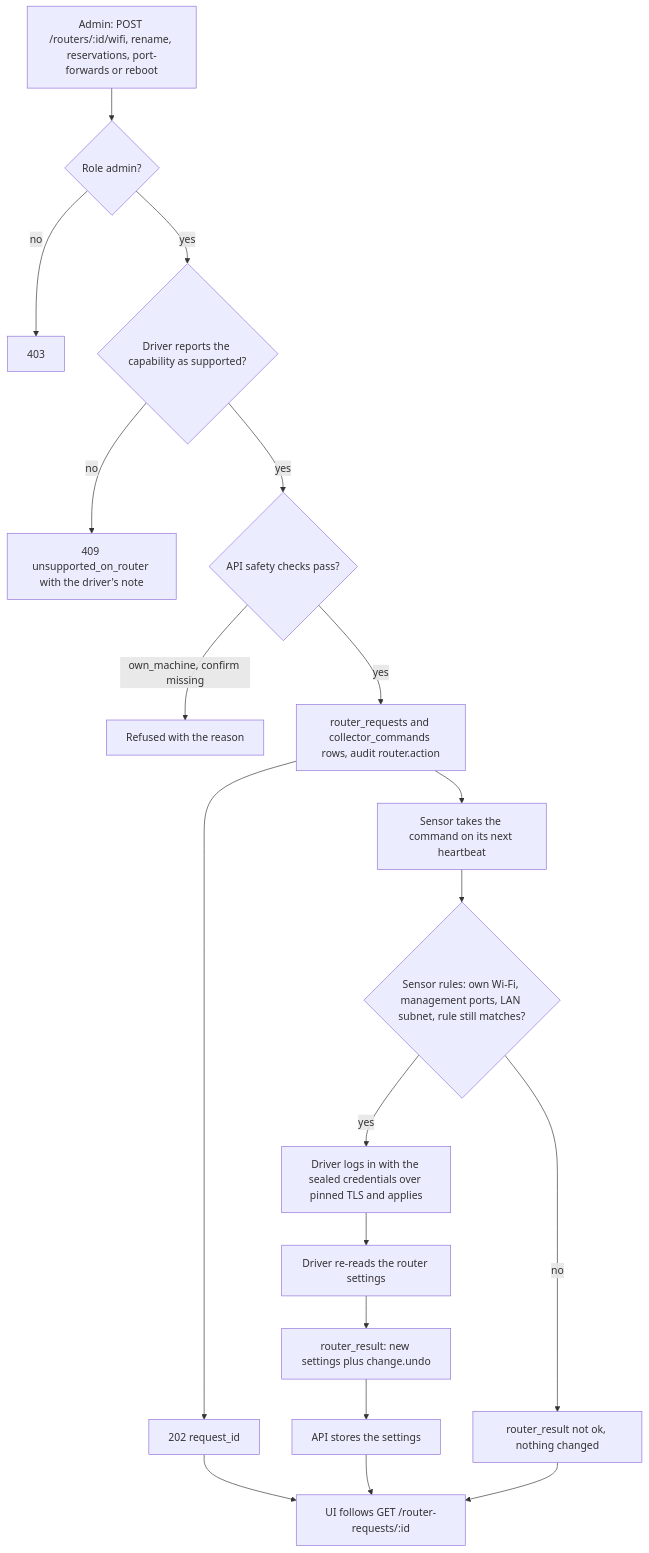
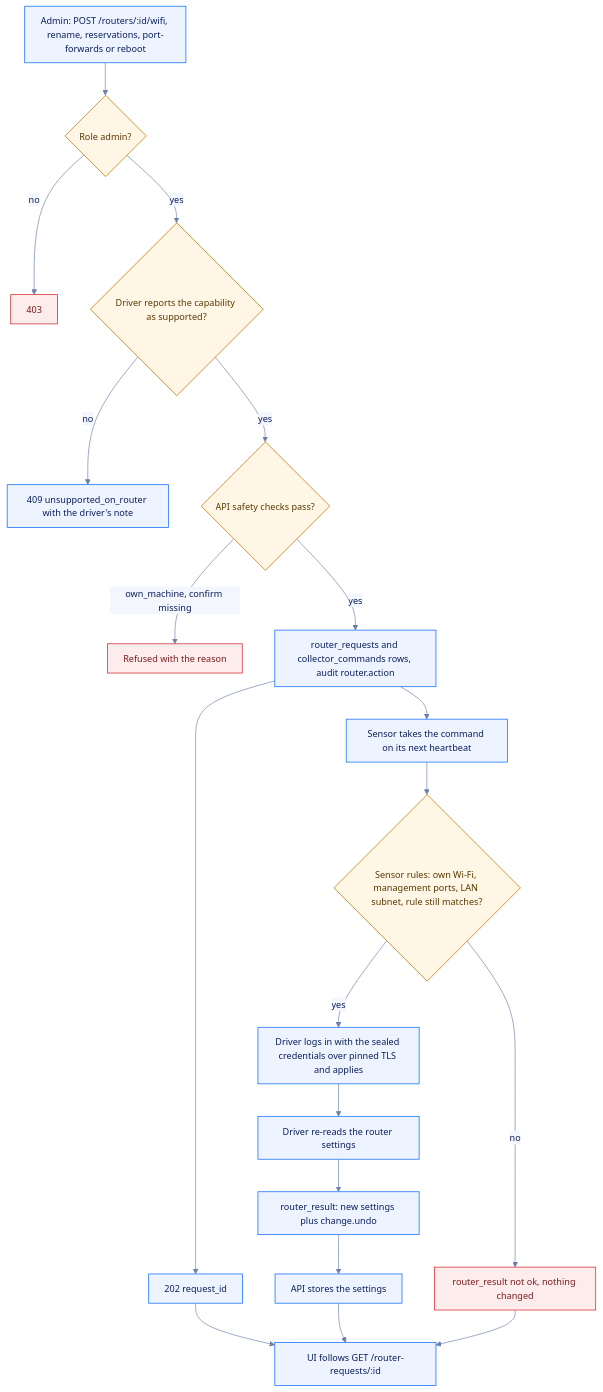
The seventh of 11 diagrams in docs/architecture/flowcharts.md (MKhattab7050/nigafiy-platform), drawn with Mermaid before and after one commit. The commit also changed other lines of this file, not shown here.

First line of the commit message:
Flowcharts: brand-themed Mermaid and the illustrated figures on top of the key sections

````diff
--- a/docs/architecture/flowcharts.md
+++ b/docs/architecture/flowcharts.md
@@ -270,21 +334,30 @@
 ```mermaid
+%%{init: {"theme": "base", "themeVariables": {"fontFamily": "-apple-system, BlinkMacSystemFont, Segoe UI, Noto Sans, Helvetica, Arial, sans-serif", "fontSize": "14px", "primaryColor": "#EEF4FF", "primaryTextColor": "#0B1F5C", "primaryBorderColor": "#1A73FF", "secondaryColor": "#F3F6FC", "tertiaryColor": "#FFFFFF", "lineColor": "#6B7FA8", "textColor": "#6B7FA8", "titleColor": "#6B7FA8", "clusterBkg": "#F7F9FE", "clusterBorder": "#9DB4E8", "edgeLabelBackground": "#F3F6FC", "actorBkg": "#EEF4FF", "actorBorder": "#1A73FF", "actorTextColor": "#0B1F5C", "actorLineColor": "#9DB4E8", "signalColor": "#6B7FA8", "signalTextColor": "#6B7FA8", "labelBoxBkgColor": "#EEF4FF", "labelBoxBorderColor": "#1A73FF", "labelTextColor": "#0B1F5C", "loopTextColor": "#6B7FA8", "noteBkgColor": "#FFF6E5", "noteBorderColor": "#C27C0E", "noteTextColor": "#5A3A05", "activationBkgColor": "#DCE8FF", "activationBorderColor": "#1A73FF", "sequenceNumberColor": "#FFFFFF"}, "flowchart": {"curve": "basis", "padding": 12}}}%%
 flowchart TD
   ADM["Admin: POST /routers/:id/wifi, rename, reservations, port-forwards or reboot"] --> ROLE{"Role admin?"}
   ROLE -->|no| R403["403"]
   ROLE -->|yes| CAP{"Driver reports the capability as supported?"}
   CAP -->|no| R409["409 unsupported_on_router with the driver's note"]
   CAP -->|yes| SAFE{"API safety checks pass?"}
   SAFE -->|"own_machine, confirm missing"| RSAFE["Refused with the reason"]
   SAFE -->|yes| QUEUE["router_requests and collector_commands rows, audit router.action"]
   QUEUE --> ACK["202 request_id"]
   QUEUE --> SEN["Sensor takes the command on its next heartbeat"]
   SEN --> RULES{"Sensor rules: own Wi-Fi, management ports, LAN subnet, rule still matches?"}
   RULES -->|no| RFAIL["router_result not ok, nothing changed"]
   RULES -->|yes| APPLY["Driver logs in with the sealed credentials over pinned TLS and applies"]
   APPLY --> READ["Driver re-reads the router settings"]
   READ --> RES["router_result: new settings plus change.undo"]
   RES --> STORE["API stores the settings"]
   ACK --> POLL["UI follows GET /router-requests/:id"]
   STORE --> POLL
   RFAIL --> POLL
+  classDef default fill:#EEF4FF,stroke:#1A73FF,stroke-width:1.2px,color:#0B1F5C
+  classDef decision fill:#FFF6E5,stroke:#C27C0E,stroke-width:1.2px,color:#5A3A05
+  classDef data fill:#E3F5F9,stroke:#0099BC,stroke-width:1.2px,color:#053F4D
+  classDef external fill:#F3F6FC,stroke:#6B7FA8,stroke-width:1.2px,stroke-dasharray:4 3,color:#0B1F5C
+  classDef refused fill:#FDECEC,stroke:#D13438,stroke-width:1.2px,color:#7A1C1F
+  classDef good fill:#E8F5EA,stroke:#2E8540,stroke-width:1.2px,color:#17461F
+  class ROLE,CAP,SAFE,RULES decision
+  class R403,RSAFE,RFAIL refused
 ```
````
